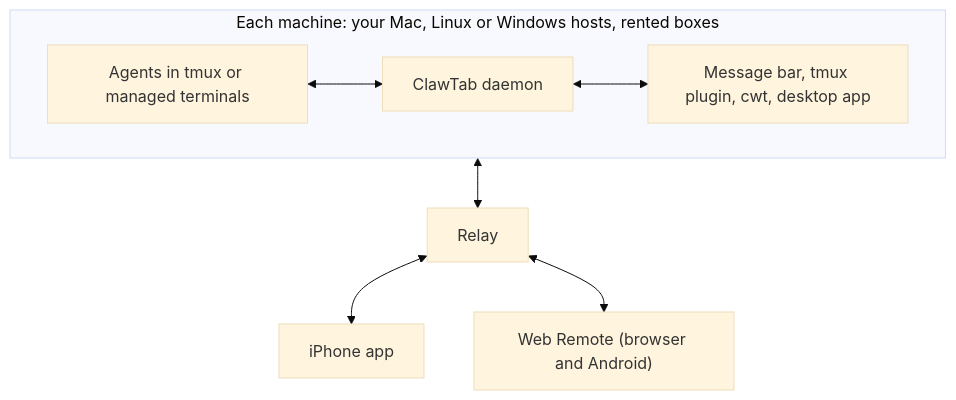
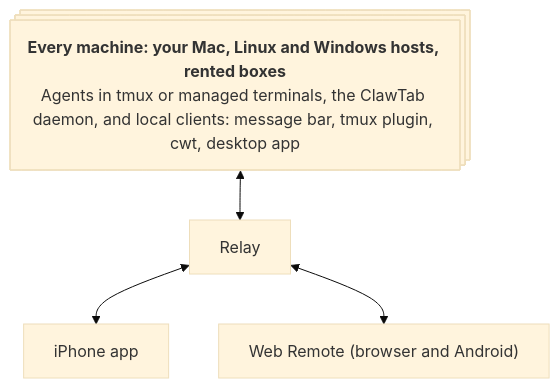
Before and after one commit to tonisives/clawtab: the diagram in README.md, drawn with Mermaid (base theme).

Commit message:
Draw the machines in the README graph as a stack
Agent-Provider: claude
Agent-Model: claude-opus-5-5
Agent-Session: 26b6900f-c5ae-4153-8a94-276b764296dc
Agent-Pane: %49

````diff
--- a/README.md
+++ b/README.md
@@ -26,11 +26,8 @@
 ```mermaid
+%%{init: {"flowchart": {"wrappingWidth": 420}}}%%
 flowchart TB
-  subgraph machine["Each machine: your Mac, Linux or Windows hosts, rented boxes"]
-    direction LR
-    A["Agents in tmux or managed terminals"] <--> D["ClawTab daemon"]
-    D <--> C["Message bar, tmux plugin, cwt, desktop app"]
-  end
-  machine <--> R["Relay"]
+  M@{ shape: procs, label: "**Every machine: your Mac, Linux and Windows hosts, rented boxes**<br/>Agents in tmux or managed terminals, the ClawTab daemon, and local clients: message bar, tmux plugin, cwt, desktop app" }
+  M <--> R["Relay"]
   R <--> I["iPhone app"]
   R <--> W["Web Remote (browser and Android)"]
 ```
````
